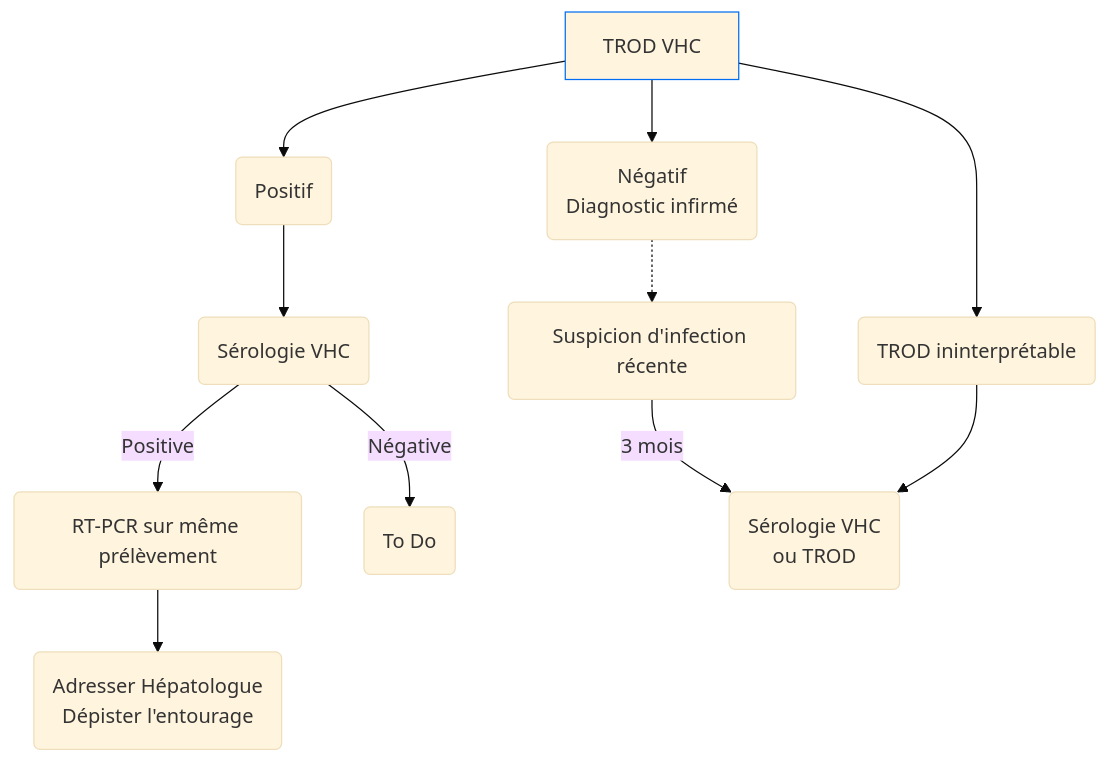
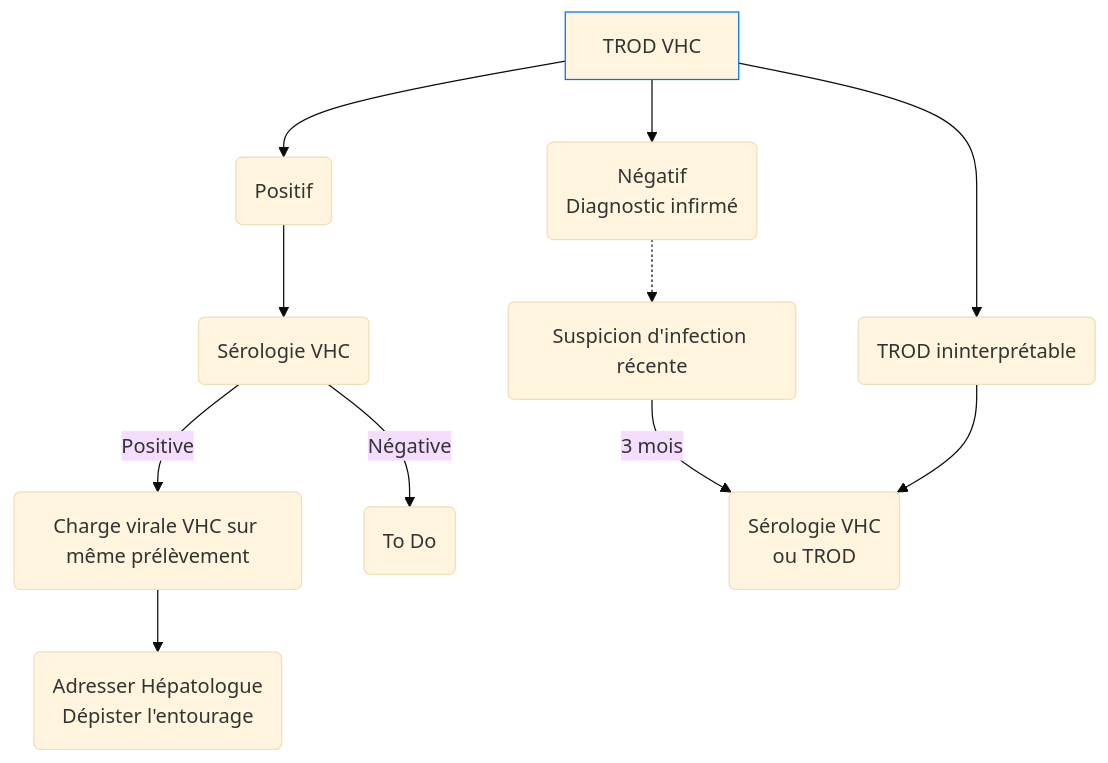
One commit to djibe/recommandations-medicales changed the second of 2 diagrams in content/recommandations/hepatite-c.md. Above: the diagram before and after it, drawn with Mermaid (base theme). The commit also changed other lines of this file and 5 other files, not shown here.

```diff
--- a/content/recommandations/hepatite-c.md
+++ b/content/recommandations/hepatite-c.md
@@ -164,14 +192,14 @@
 {{< mermaid title="Conduite à tenir dans les suites de la réalisation d'un TROD VHC. Dr JB FRON d'après HAS 2019" >}}
 graph TB
   trod[TROD VHC] --> trod+(Positif)
   style trod stroke:#006ef4, stroke-width:1px
   trod+ --> serologie(Sérologie VHC)
-    serologie -- Positive --> pcr(RT-PCR sur même prélèvement)
+    serologie -- Positive --> pcr(Charge virale VHC sur même prélèvement)
     pcr --> mg(Adresser Hépatologue<br>Dépister l'entourage)
     serologie -- Négative --> TODO(To Do)
   trod --> trod-(Négatif<br>Diagnostic infirmé)
     trod- -.-> infRecente(Suspicion d'infection récente)
     infRecente -- 3 mois --> 3mois(Sérologie VHC<br>ou TROD)
   trod --> trodIncertain(TROD ininterprétable)
     trodIncertain --> 3mois
 {{< /mermaid >}}
```
